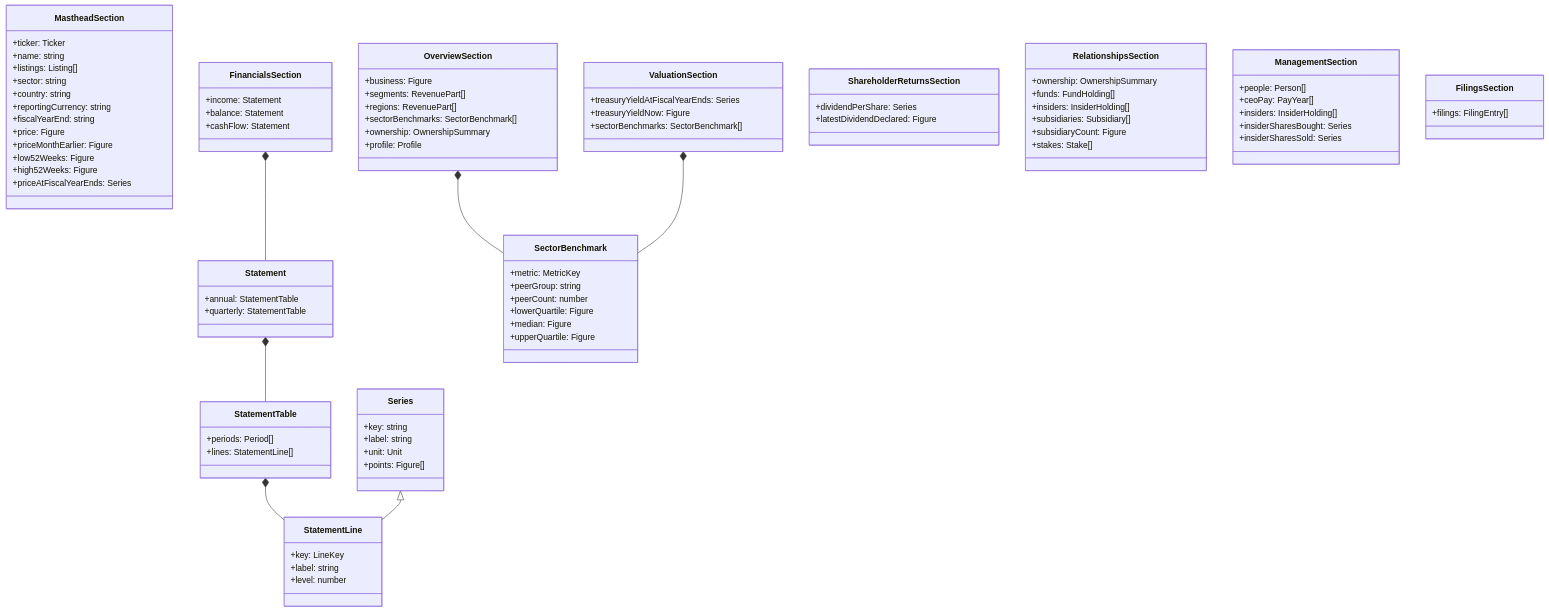
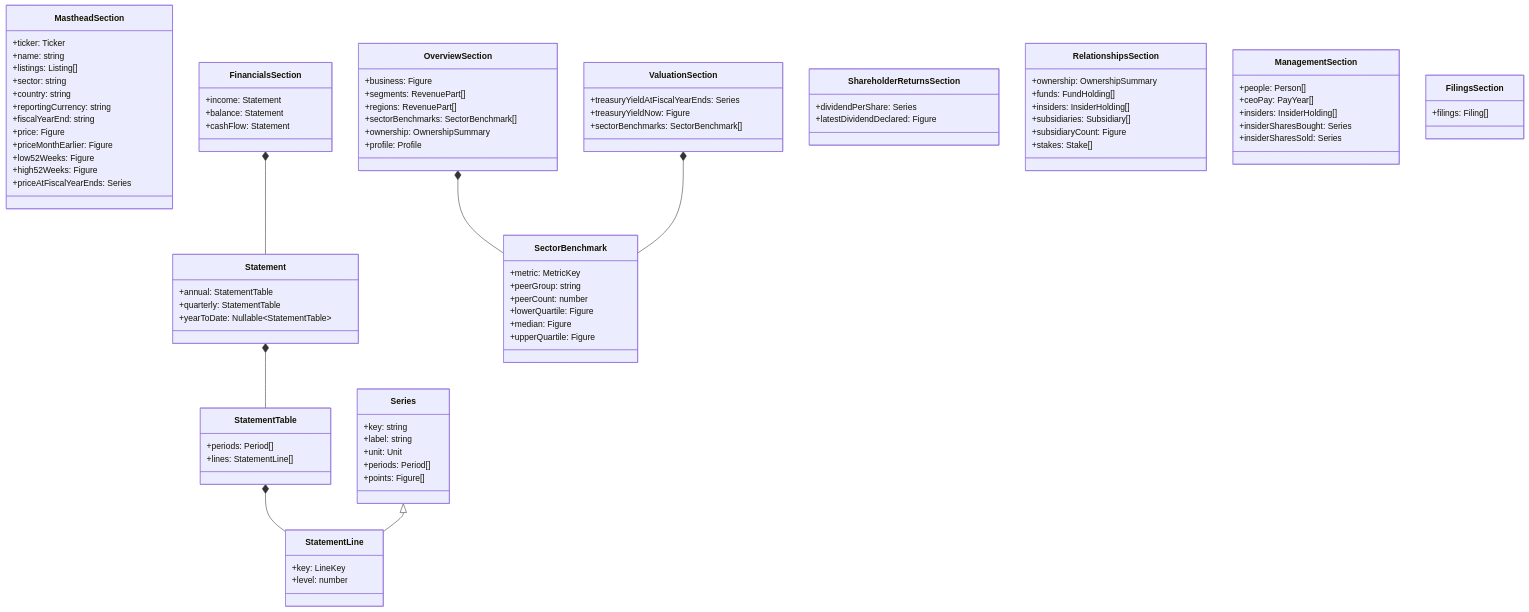
The fourth of 7 diagrams in design/uml_class_diagram/company_data_model.md (ironcapitaleu/frontend), drawn with Mermaid before and after one commit. The commit also changed other lines of this file and 1 other file, not shown here.

```diff
--- a/design/uml_class_diagram/company_data_model.md
+++ b/design/uml_class_diagram/company_data_model.md
@@ -263,6 +372,7 @@
     class Statement {
         +annual: StatementTable
         +quarterly: StatementTable
+        +yearToDate: Nullable~StatementTable~
     }
     class StatementTable {
         +periods: Period[]
@@ -270,13 +380,13 @@
     }
     class StatementLine {
         +key: LineKey
-        +label: string
         +level: number
     }
     class Series {
         +key: string
         +label: string
         +unit: Unit
+        +periods: Period[]
         +points: Figure[]
     }
     class ValuationSection {
@@ -312,7 +422,7 @@
         +insiderSharesSold: Series
     }
     class FilingsSection {
-        +filings: FilingEntry[]
+        +filings: Filing[]
     }
     FinancialsSection *-- Statement
     Statement *-- StatementTable
```
